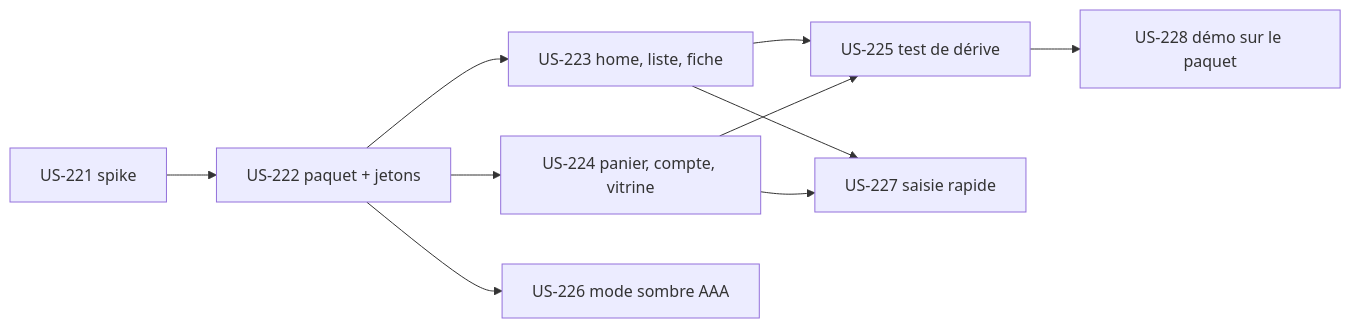
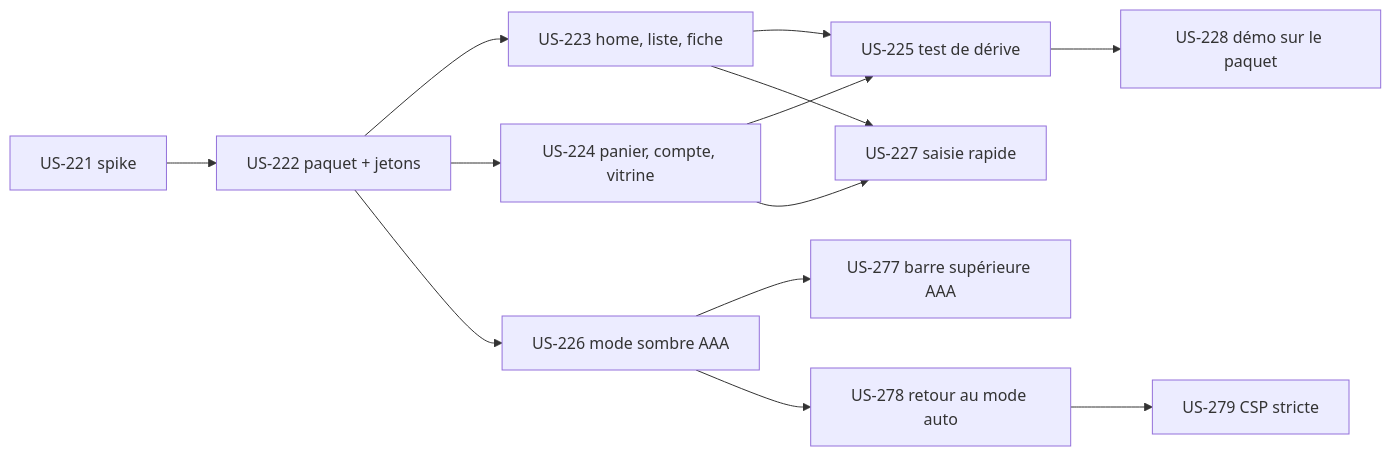
Before and after one commit to thibmonier/sylius-b2b-demo: the diagram in project-management/backlog/epics/EPIC-18.md, drawn with Mermaid. The commit also changed other lines of this file and 6 other files, not shown here.

````diff
--- a/project-management/backlog/epics/EPIC-18.md
+++ b/project-management/backlog/epics/EPIC-18.md
@@ -44,12 +47,15 @@
 ```mermaid
 graph LR
     US221[US-221 spike] --> US222[US-222 paquet + jetons]
     US222 --> US223[US-223 home, liste, fiche]
     US222 --> US224[US-224 panier, compte, vitrine]
     US222 --> US226[US-226 mode sombre AAA]
+    US226 --> US277[US-277 barre supérieure AAA]
+    US226 --> US278[US-278 retour au mode auto]
+    US278 --> US279[US-279 CSP stricte]
     US223 --> US225[US-225 test de dérive]
     US224 --> US225
     US223 --> US227[US-227 saisie rapide]
     US224 --> US227
     US225 --> US228[US-228 démo sur le paquet]
 ```
````
